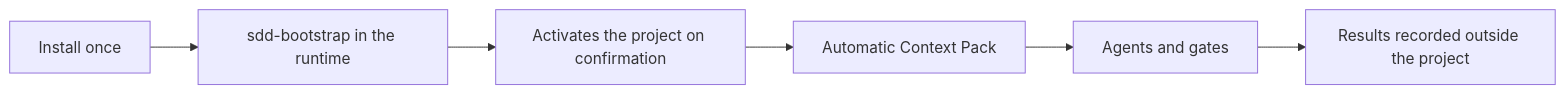
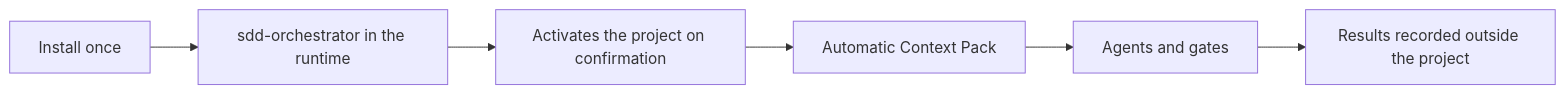
Before and after one commit to fellipemauriciosilva/sdd-toolkit: the diagram in docs/QUICKSTART.md, drawn with Mermaid. The commit also changed other lines of this file and 169 other files, not shown here.

````diff
--- a/docs/QUICKSTART.md
+++ b/docs/QUICKSTART.md
@@ -9,8 +9,8 @@
 ```mermaid
 flowchart LR
-    I[Install once] --> B[sdd-bootstrap in the runtime]
+    I[Install once] --> B[sdd-orchestrator in the runtime]
     B --> A[Activates the project on confirmation]
     A --> P[Automatic Context Pack]
     P --> G[Agents and gates]
     G --> R[Results recorded outside the project]
 ```
````
